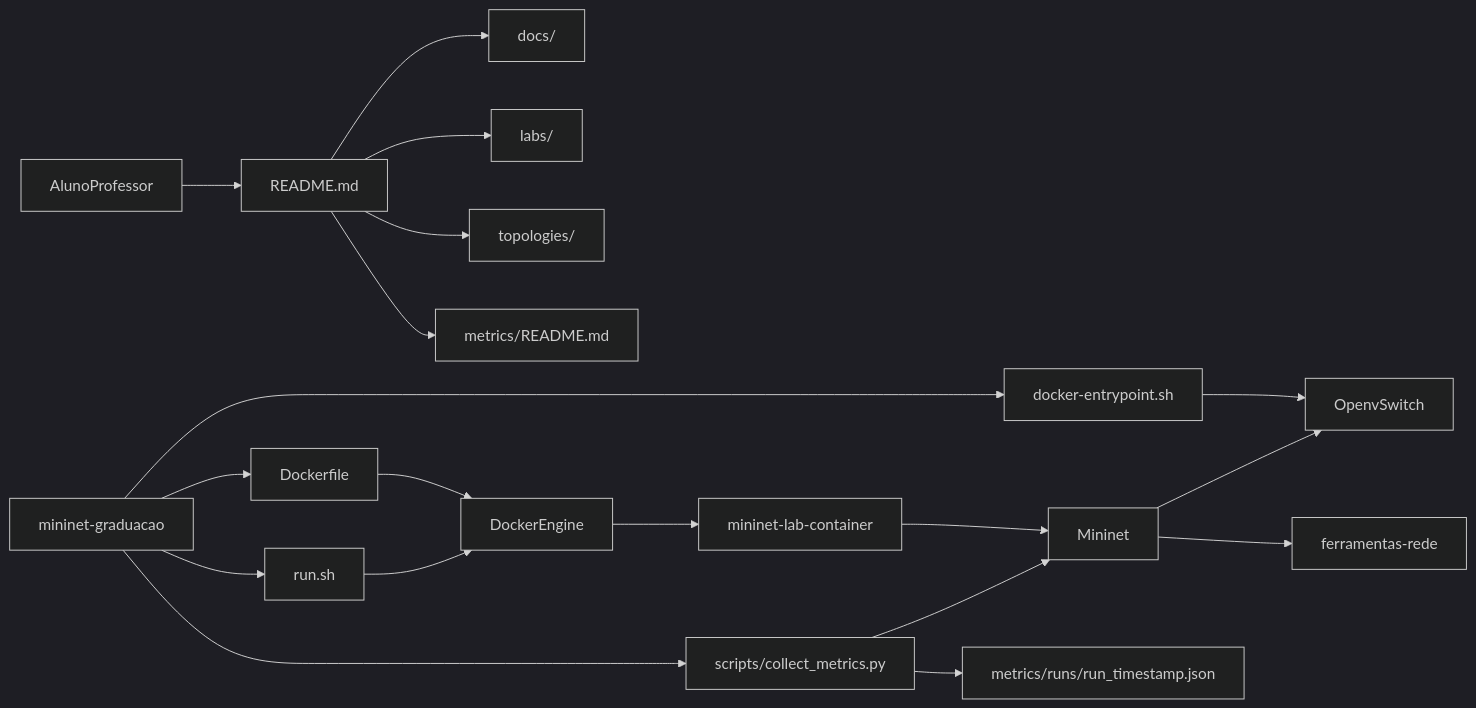
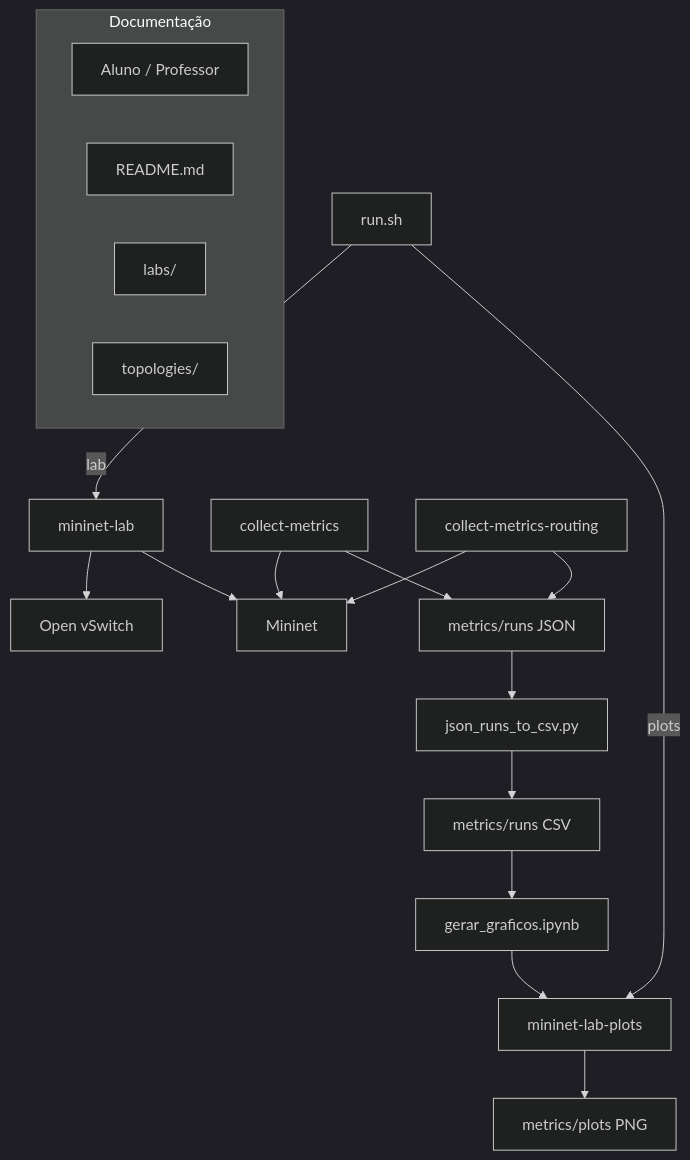
The diagram in docs/ARQUITETURA.md (PhD-May/redes-ufam), drawn with Mermaid (dark theme) before and after one commit. The commit also changed other lines of this file and 18 other files, not shown here.

First line of the commit message:
Consolidate labs 1–3 with metrics pipeline, plots, and updated architecture.

````diff
--- a/docs/ARQUITETURA.md
+++ b/docs/ARQUITETURA.md
@@ -11,43 +18,25 @@
 ```mermaid
-flowchart LR
-  usuario[AlunoProfessor]
-  repositorio[mininet-graduacao]
-  readme[README.md]
-  docs[docs/]
-  labs[labs/]
-  topologias[topologies/]
-  metricasDoc[metrics/README.md]
+flowchart TB
+  subgraph doc [Documentação]
+    usuario[Aluno / Professor]
+    readme[README.md]
+    labs[labs/]
+    topologias[topologies/]
+  end
 
-  dockerfile[Dockerfile]
-  runsh[run.sh]
-  entrypoint[docker-entrypoint.sh]
-  coleta[scripts/collect_metrics.py]
+  runsh[run.sh] -->|lab| container[mininet-lab]
+  runsh -->|plots| containerPlots[mininet-lab-plots]
 
-  dockerEngine[DockerEngine]
-  container[mininet-lab-container]
-  ovs[OpenvSwitch]
-  mininet[Mininet]
-  ferramentas[ferramentas-rede]
-  jsonOut[metrics/runs/run_timestamp.json]
+  container --> ovs[Open vSwitch]
+  container --> mininet[Mininet]
+  coletaLab[collect-metrics] --> mininet
+  coletaRoute[collect-metrics-routing] --> mininet
+  coletaLab --> jsonOut[metrics/runs JSON]
+  coletaRoute --> jsonOut
 
-  usuario --> readme
-  readme --> docs
-  readme --> labs
-  readme --> topologias
-  readme --> metricasDoc
-
-  repositorio --> dockerfile
-  repositorio --> runsh
-  repositorio --> entrypoint
-  repositorio --> coleta
-
-  dockerfile --> dockerEngine
-  runsh --> dockerEngine
-  dockerEngine --> container
-  entrypoint --> ovs
-  container --> mininet
-  mininet --> ovs
-  mininet --> ferramentas
-  coleta --> mininet
-  coleta --> jsonOut
+  jsonOut --> jsonCsv[json_runs_to_csv.py]
+  jsonCsv --> csvOut[metrics/runs CSV]
+  csvOut --> notebook[gerar_graficos.ipynb]
+  notebook --> containerPlots
+  containerPlots --> pngOut[metrics/plots PNG]
 ```
````
